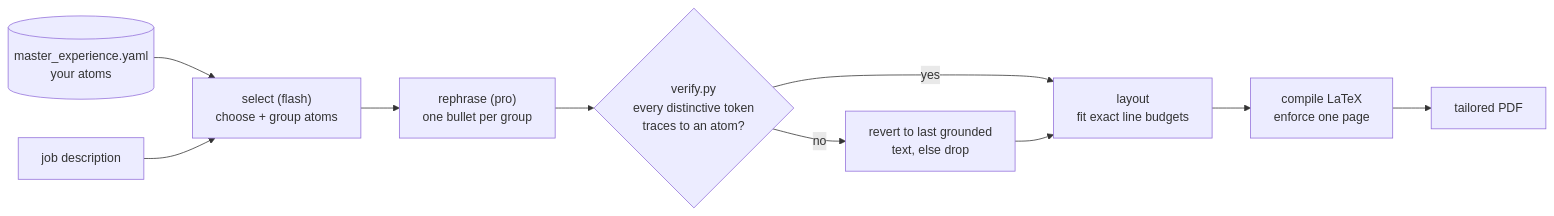
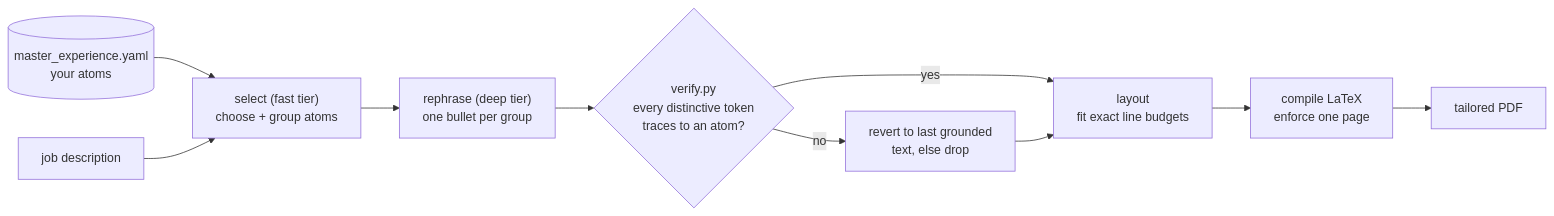
Before and after one commit to yib7/INployed: the second of 2 diagrams in README.md, drawn with Mermaid. The commit also changed other lines of this file and 2 other files, not shown here.

First line of the commit message:
docs: correct the README's counted claims, model-tier vocabulary and module list

````diff
--- a/README.md
+++ b/README.md
@@ -275,12 +279,12 @@
 ```mermaid
 flowchart LR
-    Y[("master_experience.yaml<br/>your atoms")] --> S["select (flash)<br/>choose + group atoms"]
+    Y[("master_experience.yaml<br/>your atoms")] --> S["select (fast tier)<br/>choose + group atoms"]
     JD["job description"] --> S
-    S --> R["rephrase (pro)<br/>one bullet per group"]
+    S --> R["rephrase (deep tier)<br/>one bullet per group"]
     R --> V{"verify.py<br/>every distinctive token<br/>traces to an atom?"}
     V -->|yes| LO["layout<br/>fit exact line budgets"]
     V -->|no| RV["revert to last grounded<br/>text, else drop"]
     RV --> LO
     LO --> C["compile LaTeX<br/>enforce one page"]
     C --> P["tailored PDF"]
 ```
````
